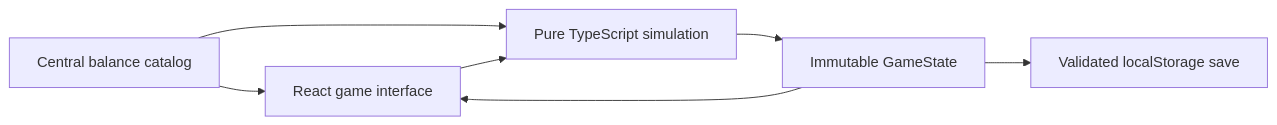
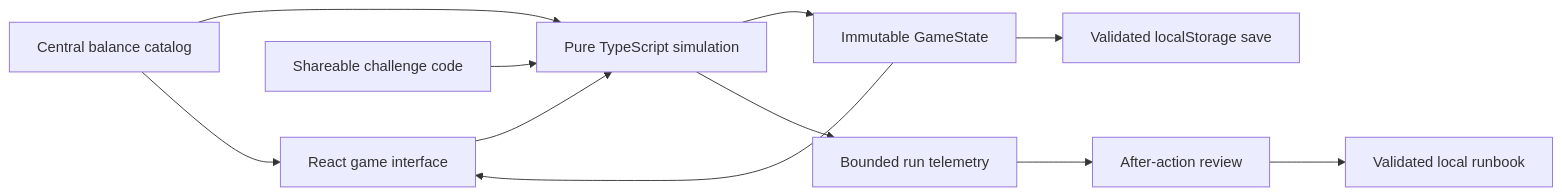
One commit to chadkraus87/stack-city changed the diagram in README.md. Above: the diagram before and after it, drawn with Mermaid. The commit also changed other lines of this file and 8 other files, not shown here.

````diff
--- a/README.md
+++ b/README.md
@@ -214,9 +243,13 @@
 ```mermaid
 flowchart LR
   UI["React game interface"] --> Engine["Pure TypeScript simulation"]
   Engine --> State["Immutable GameState"]
   State --> UI
   State --> Save["Validated localStorage save"]
+  Engine --> Telemetry["Bounded run telemetry"]
+  Telemetry --> Report["After-action review"]
+  Report --> History["Validated local runbook"]
+  Seed["Shareable challenge code"] --> Engine
   Catalog["Central balance catalog"] --> Engine
   Catalog --> UI
 ```
````
